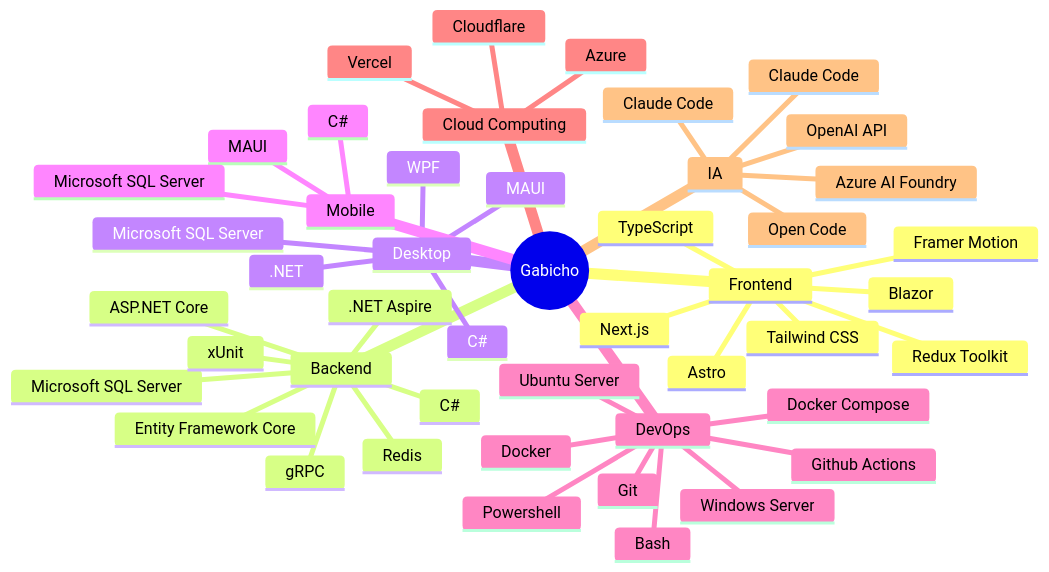
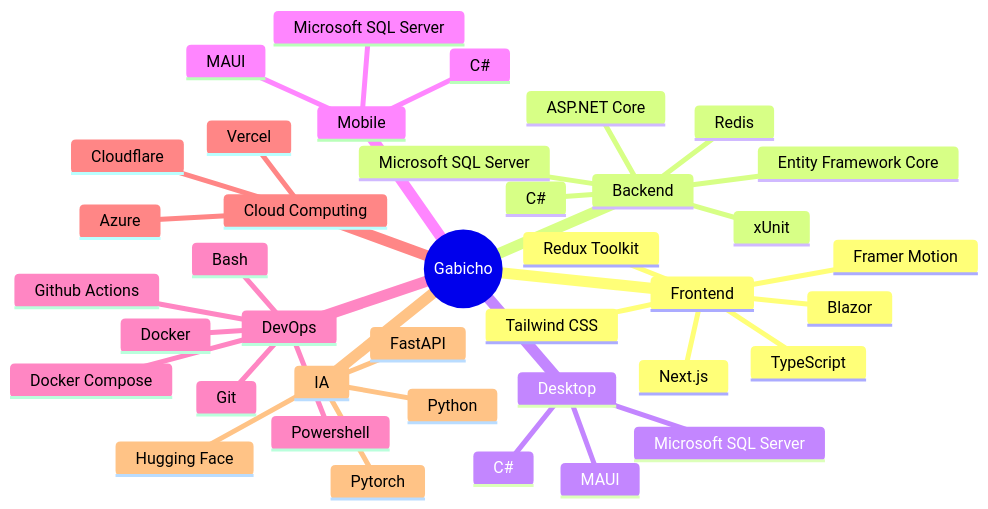
One commit to ArcGabito/ArcGabito changed the diagram in README.md. Above: the diagram before and after it, drawn with Mermaid.

Commit message:
add: agregando tecnologias

````diff
--- a/README.md
+++ b/README.md
@@ -28,50 +28,42 @@
 ```mermaid
 mindmap
   root((Gabicho))
     Frontend
-      Astro
       Blazor
       Next.js
       TypeScript
       Tailwind CSS
       Redux Toolkit
       Framer Motion
     Backend
       C#
       ASP.NET Core
       Entity Framework Core
       Microsoft SQL Server
-      .NET Aspire
-      gRPC
       xUnit
       Redis
     Desktop
       C#
-      .NET
-      WPF
       MAUI
       Microsoft SQL Server
     Mobile
       C#
       MAUI
       Microsoft SQL Server
     DevOps
-      Windows Server
-      Ubuntu Server
       Powershell
       Bash
       Docker
       Docker Compose
       Github Actions
       Git
     Cloud Computing
       Azure
       Cloudflare
       Vercel
     IA
-      Azure AI Foundry
-      OpenAI API
-      Claude Code
-      Open Code
-      Claude Code
+      Python
+      FastAPI
+      Pytorch
+      Hugging Face
 ```
````
